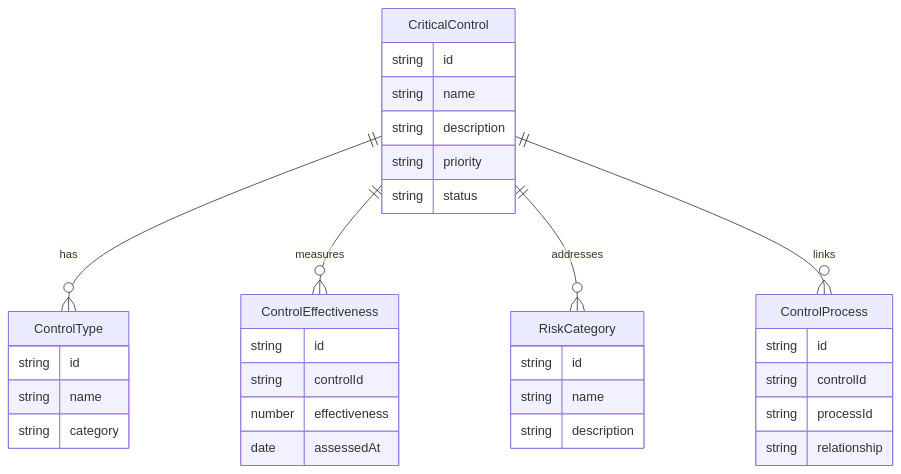
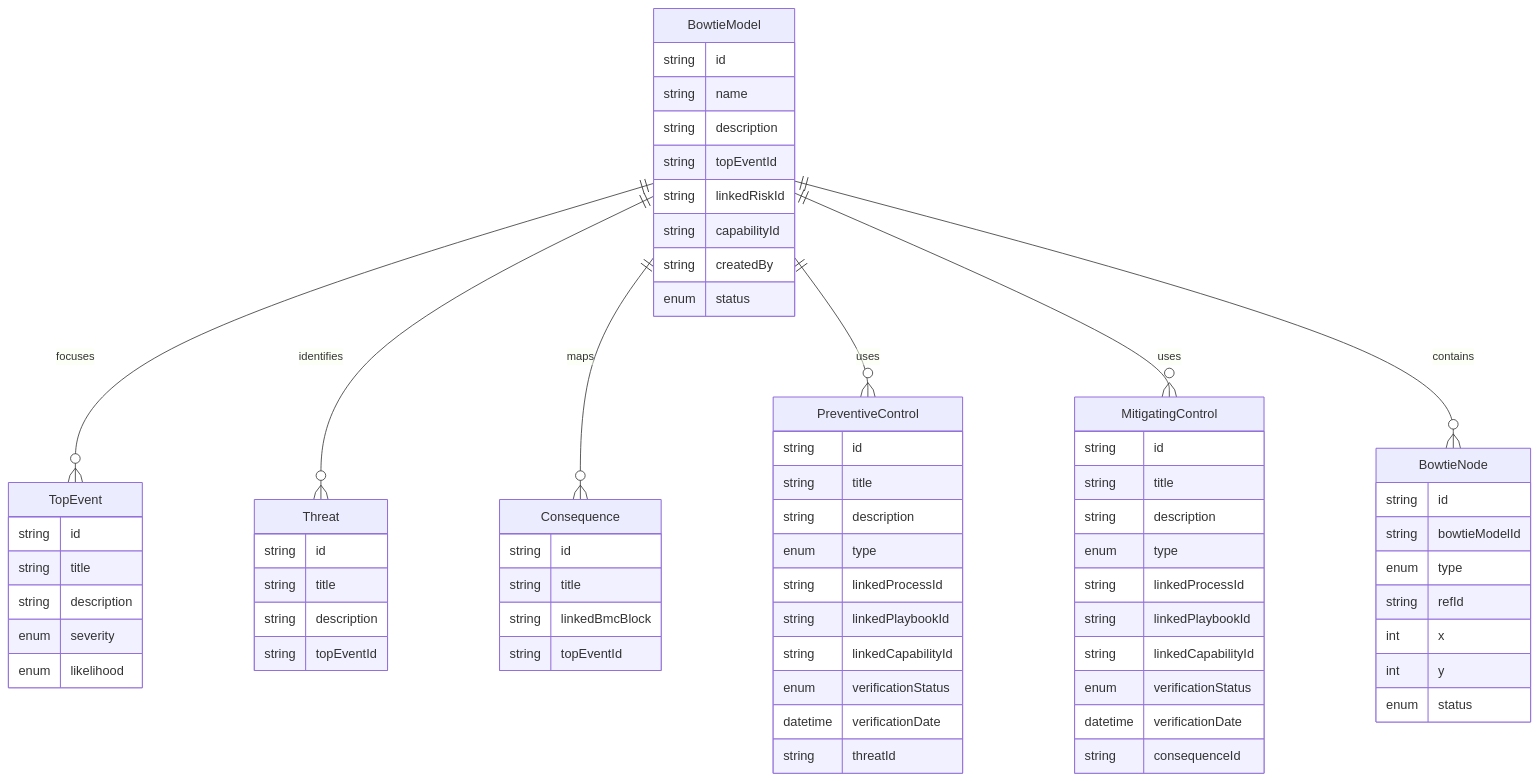
One commit to Duds/capopt_platform changed the ninth of 11 diagrams in docs/design/solution-architecture-design.md. Above: the diagram before and after it, drawn with Mermaid. The commit also changed other lines of this file and 43 other files, not shown here.

First line of the commit message:
feat: implement CapOps platform with Critical Control Theory

````diff
--- a/docs/design/solution-architecture-design.md
+++ b/docs/design/solution-architecture-design.md
@@ -707,36 +494,71 @@
 ```mermaid
 erDiagram
-    CriticalControl {
+    BowtieModel {
         string id
         string name
         string description
-        string priority
-        string status
+        string topEventId
+        string linkedRiskId
+        string capabilityId
+        string createdBy
+        enum status
     }
-    ControlType {
+    TopEvent {
         string id
-        string name
-        string category
+        string title
+        string description
+        enum severity
+        enum likelihood
     }
-    ControlEffectiveness {
+    Threat {
         string id
-        string controlId
-        number effectiveness
-        date assessedAt
+        string title
+        string description
+        string topEventId
     }
-    RiskCategory {
+    Consequence {
         string id
-        string name
+        string title
+        string linkedBmcBlock
+        string topEventId
+    }
+    PreventiveControl {
+        string id
+        string title
         string description
+        enum type
+        string linkedProcessId
+        string linkedPlaybookId
+        string linkedCapabilityId
+        enum verificationStatus
+        datetime verificationDate
+        string threatId
     }
-    ControlProcess {
+    MitigatingControl {
         string id
-        string controlId
-        string processId
-        string relationship
+        string title
+        string description
+        enum type
+        string linkedProcessId
+        string linkedPlaybookId
+        string linkedCapabilityId
+        enum verificationStatus
+        datetime verificationDate
+        string consequenceId
     }
-    CriticalControl ||--o{ ControlType : has
-    CriticalControl ||--o{ ControlEffectiveness : measures
-    CriticalControl ||--o{ RiskCategory : addresses
-    CriticalControl ||--o{ ControlProcess : links
+    BowtieNode {
+        string id
+        string bowtieModelId
+        enum type
+        string refId
+        int x
+        int y
+        enum status
+    }
+    BowtieModel ||--o{ TopEvent : focuses
+    BowtieModel ||--o{ Threat : identifies
+    BowtieModel ||--o{ Consequence : maps
+    BowtieModel ||--o{ PreventiveControl : uses
+    BowtieModel ||--o{ MitigatingControl : uses
+    BowtieModel ||--o{ BowtieNode : contains
 ```
````
